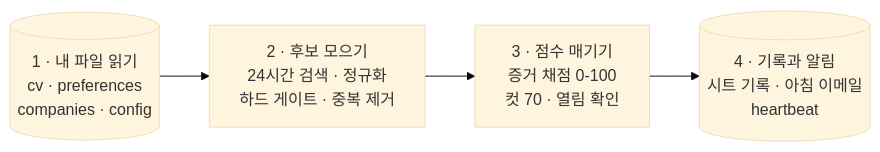
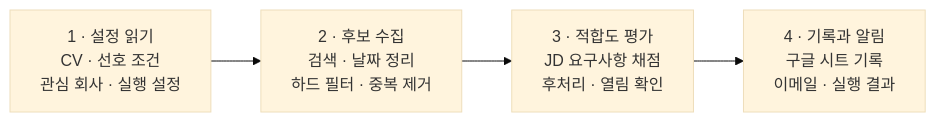
The diagram in README.ko-KR.md (Journey-512/catch-before-jobs-vanish), drawn with Mermaid (base theme) before and after one commit. The commit also changed other lines of this file and 1 other file, not shown here.

Commit message:
README polish round: tighter sections end to end, 7-question FAQ, compact disclaimer; Tech stack and Roadmap sections removed

````diff
--- a/README.ko-KR.md
+++ b/README.ko-KR.md
@@ -121,4 +159,4 @@
 ```mermaid
 flowchart LR
-  A[("1 · 내 파일 읽기<br/>cv · preferences<br/>companies · config")] --> B["2 · 후보 모으기<br/>24시간 검색 · 정규화<br/>하드 게이트 · 중복 제거"] --> C["3 · 점수 매기기<br/>증거 채점 0-100<br/>컷 70 · 열림 확인"] --> D[("4 · 기록과 알림<br/>시트 기록 · 아침 이메일<br/>heartbeat")]
+  A["1 · 설정 읽기<br/>CV · 선호 조건<br/>관심 회사 · 실행 설정"] --> B["2 · 후보 수집<br/>검색 · 날짜 정리<br/>하드 필터 · 중복 제거"] --> C["3 · 적합도 평가<br/>JD 요구사항 채점<br/>후처리 · 열림 확인"] --> D["4 · 기록과 알림<br/>구글 시트 기록<br/>이메일 · 실행 결과"]
 ```
````
